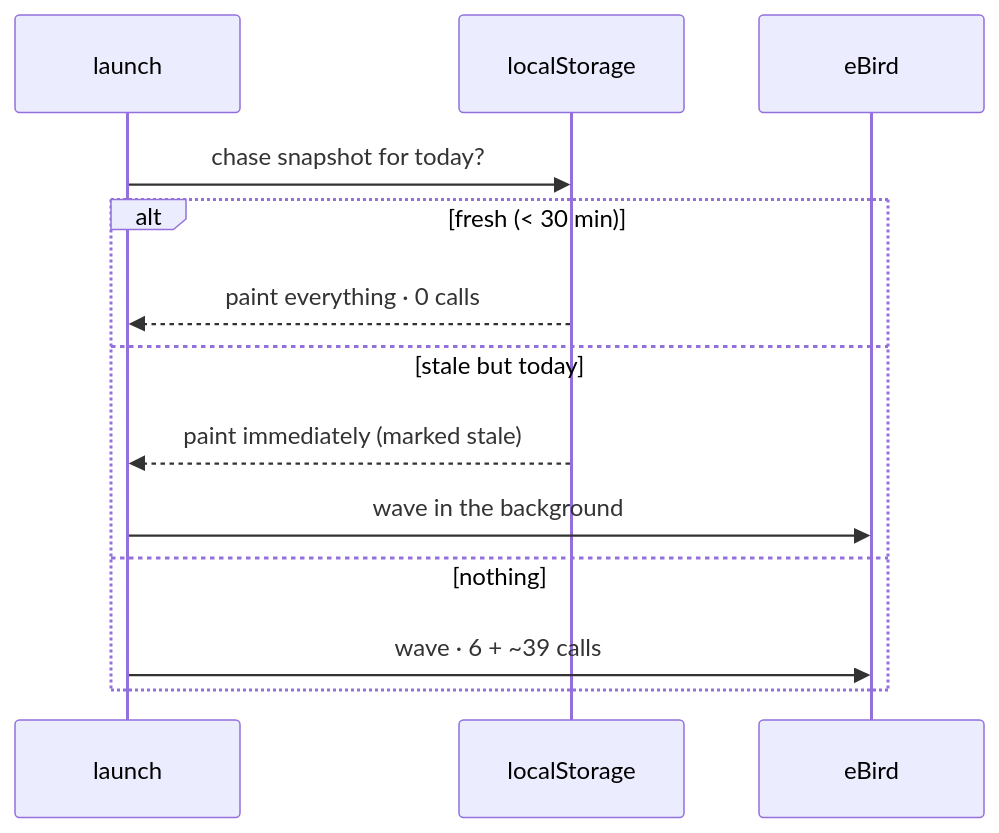
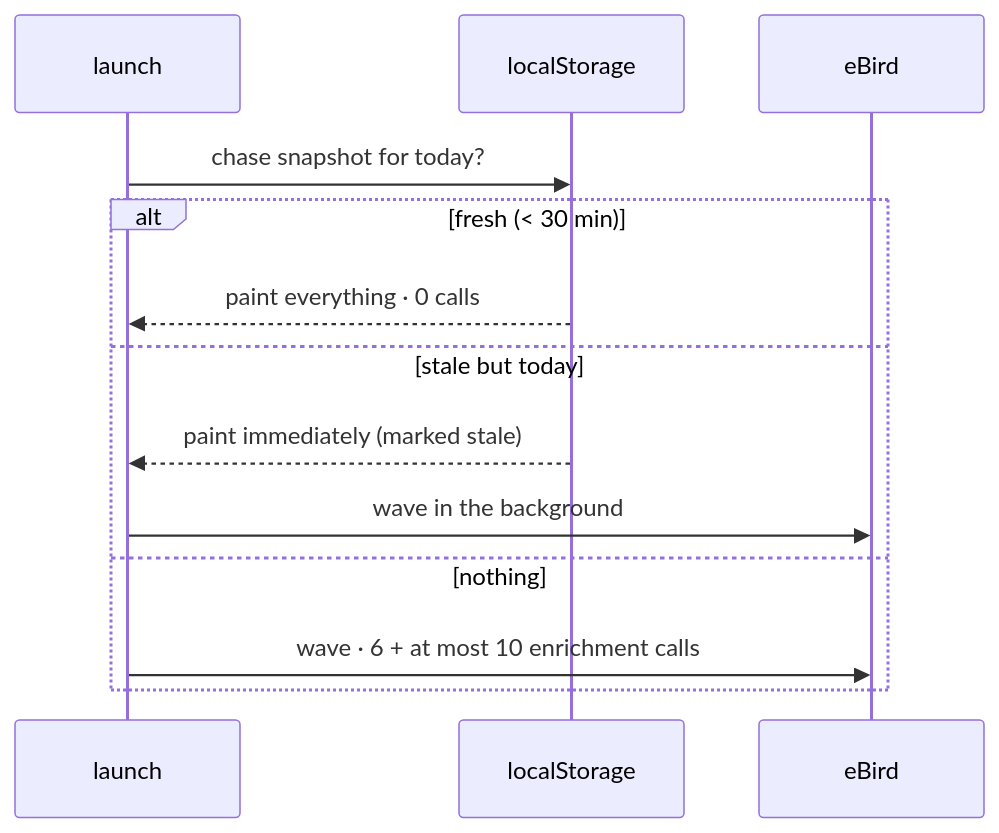
One commit to WyattHoutz/birding-app changed the first of 2 diagrams in docs/QUERY-PLAN.md. Above: the diagram before and after it, drawn with Mermaid. The commit also changed other lines of this file and 4 other files, not shown here.

````diff
--- a/docs/QUERY-PLAN.md
+++ b/docs/QUERY-PLAN.md
@@ -42,16 +42,16 @@
 ```mermaid
 sequenceDiagram
   participant U as launch
   participant S as localStorage
   participant E as eBird
 
   U->>S: chase snapshot for today?
   alt fresh (< 30 min)
     S-->>U: paint everything · 0 calls
   else stale but today
     S-->>U: paint immediately (marked stale)
     U->>E: wave in the background
   else nothing
-    U->>E: wave · 6 + ~39 calls
+    U->>E: wave · 6 + at most 10 enrichment calls
   end
 ```
````
